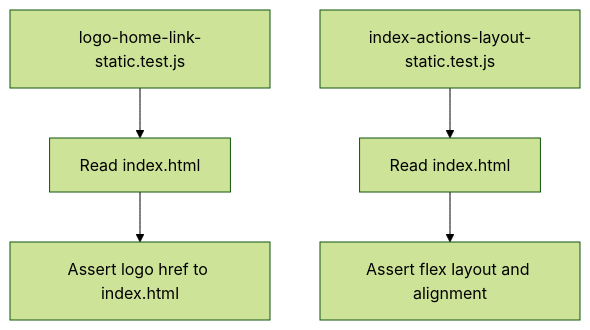
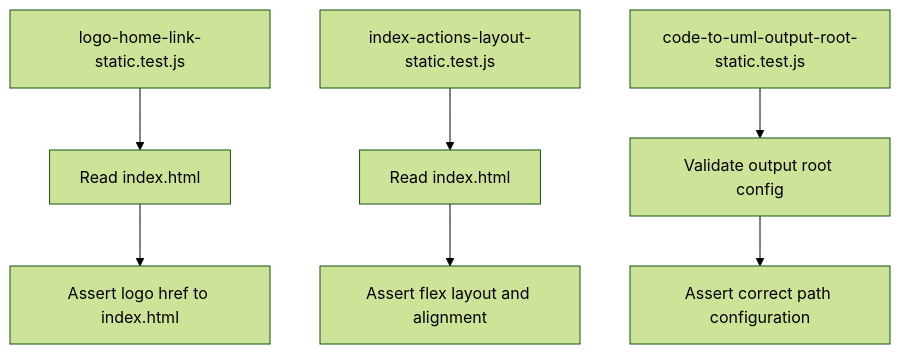
One commit to pingwurth/code-to-uml changed the seventh of 11 diagrams in .qoder/repowiki/en/content/Testing and Quality Assurance.md. Above: the diagram before and after it, drawn with Mermaid (forest theme). The commit also changed other lines of this file and 21 other files, not shown here.

Commit message:
chore(docs): 删除 Code-To-UML 介绍文档

````diff
--- a/.qoder/repowiki/en/content/Testing and Quality Assurance.md
+++ b/.qoder/repowiki/en/content/Testing and Quality Assurance.md
@@ -291,7 +389,9 @@
 ```mermaid
 flowchart TD
 LTest["logo-home-link-static.test.js"] --> ReadIndex["Read index.html"]
 ReadIndex --> AssertIndexLogo["Assert logo href to index.html"]
 IATest["index-actions-layout-static.test.js"] --> ReadIndex2["Read index.html"]
 ReadIndex2 --> AssertFlex["Assert flex layout and alignment"]
+OutputTest["code-to-uml-output-root-static.test.js"] --> CheckRoot["Validate output root config"]
+CheckRoot --> AssertPaths["Assert correct path configuration"]
 ```
````
